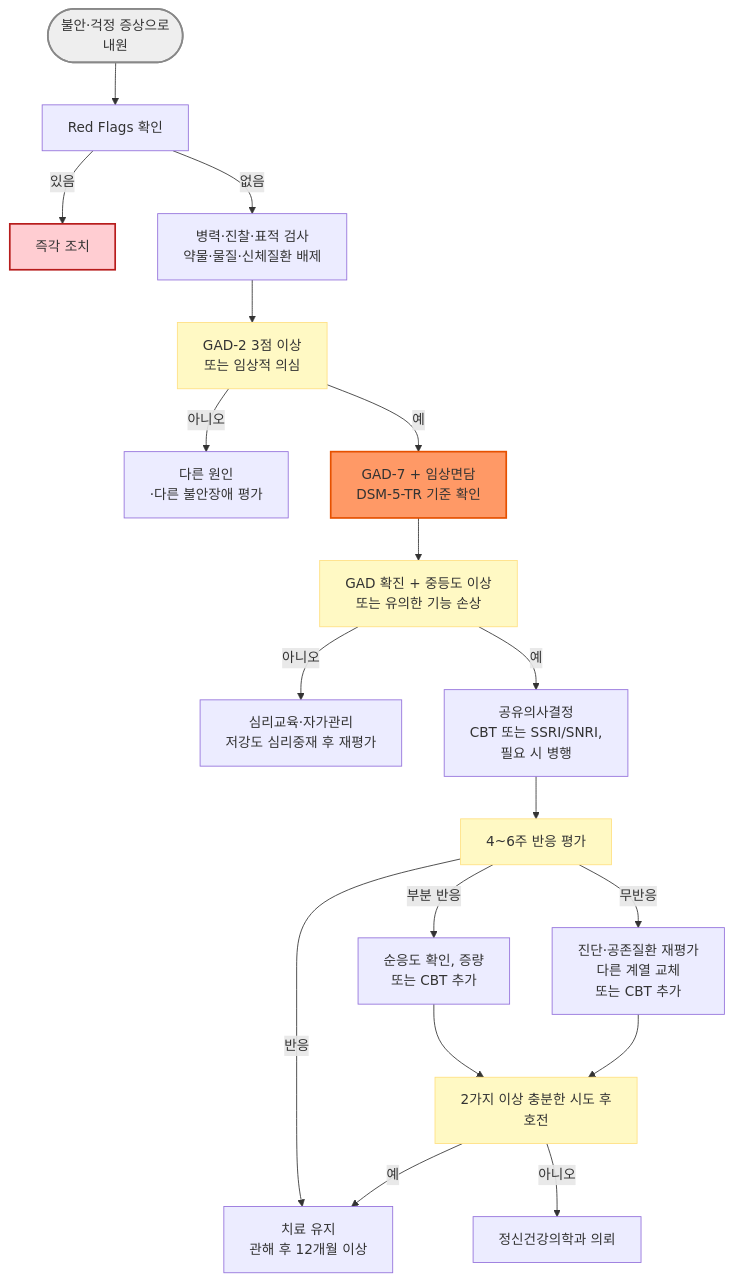
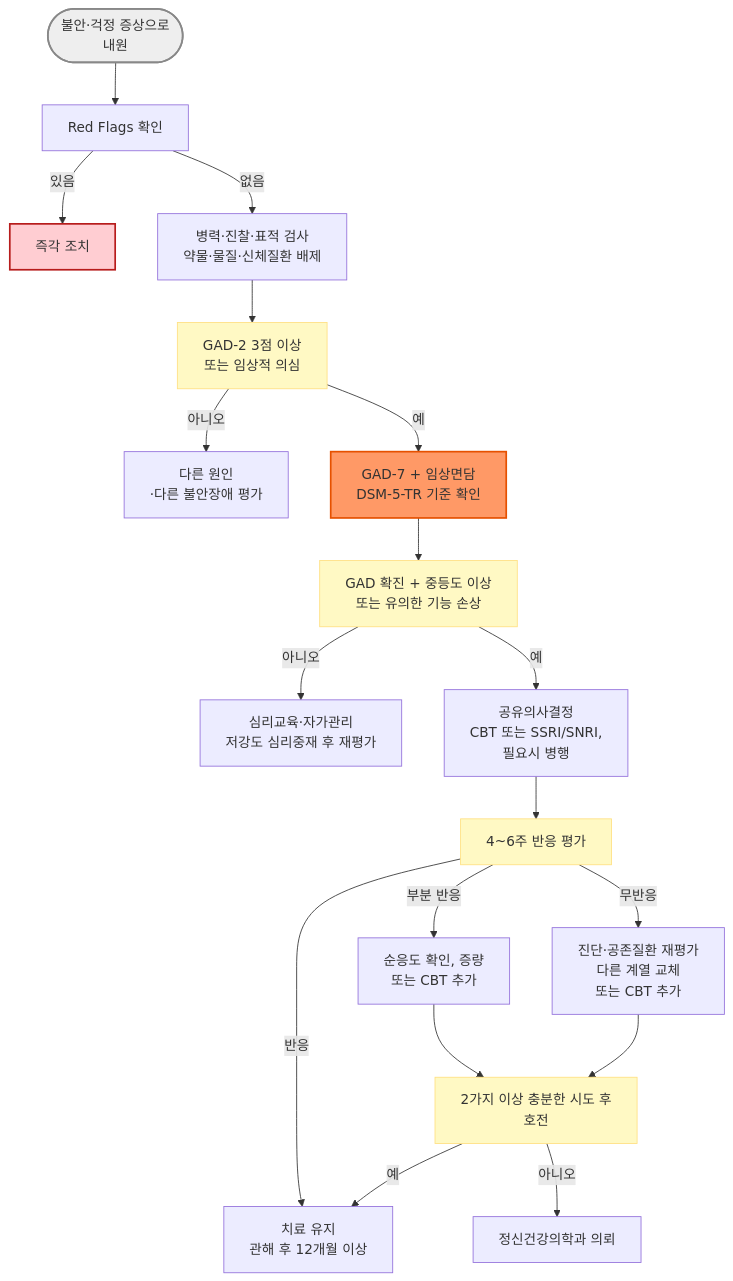
One commit to familyoh77/familyoh77 changed the diagram in 221_/025_-anxiety-disorder.md. Above: the diagram before and after it, drawn with Mermaid. The commit also changed other lines of this file and 4 other files, not shown here.

````diff
--- a/221_/025_-anxiety-disorder.md
+++ b/221_/025_-anxiety-disorder.md
@@ -202,27 +202,27 @@
 ```mermaid
 graph TD
     Start(["불안·걱정 증상으로 <br>내원"]) --> RF["Red Flags 확인"]
     RF -->|"있음"| ER["즉각 조치"]
     RF -->|"없음"| Eval["병력·진찰·표적 검사<br>약물·물질·신체질환 배제"]
     Eval --> Q1["GAD-2 3점 이상 <br>또는 임상적 의심"]
     Q1 -->|"아니오"| Other["다른 원인<br>·다른 불안장애 평가"]
     Q1 -->|"예"| Dx["GAD-7 + 임상면담<br>DSM-5-TR 기준 확인"]
     Dx --> Q2["GAD 확진 + 중등도 이상<br>또는 유의한 기능 손상"]
     Q2 -->|"아니오"| Low["심리교육·자가관리<br>저강도 심리중재 후 재평가"]
-    Q2 -->|"예"| Tx["공유의사결정<br>CBT 또는 SSRI/SNRI, <br>필요 시 병행"]
+    Q2 -->|"예"| Tx["공유의사결정<br>CBT 또는 SSRI/SNRI, <br>필요시 병행"]
     Tx --> Q3["4~6주 반응 평가"]
     Q3 -->|"반응"| Keep["치료 유지<br>관해 후 12개월 이상"]
     Q3 -->|"부분 반응"| Opt["순응도 확인, 증량<br>또는 CBT 추가"]
     Q3 -->|"무반응"| Sw["진단·공존질환 재평가<br>다른 계열 교체 <br>또는 CBT 추가"]
     Opt --> Q4["2가지 이상 충분한 시도 후 <br>호전"]
     Sw --> Q4
     Q4 -->|"아니오"| Ref["정신건강의학과 의뢰"]
     Q4 -->|"예"| Keep
     style Start fill:#eeeeee,stroke:#888888,stroke-width:2px
     style Dx fill:#f96,stroke:#e65100,stroke-width:2px
     style Q1 fill:#fff9c4,stroke:#ffe082
     style Q2 fill:#fff9c4,stroke:#ffe082
     style Q3 fill:#fff9c4,stroke:#ffe082
     style Q4 fill:#fff9c4,stroke:#ffe082
     style ER fill:#ffcdd2,stroke:#b71c1c,stroke-width:2px
 ```
````
